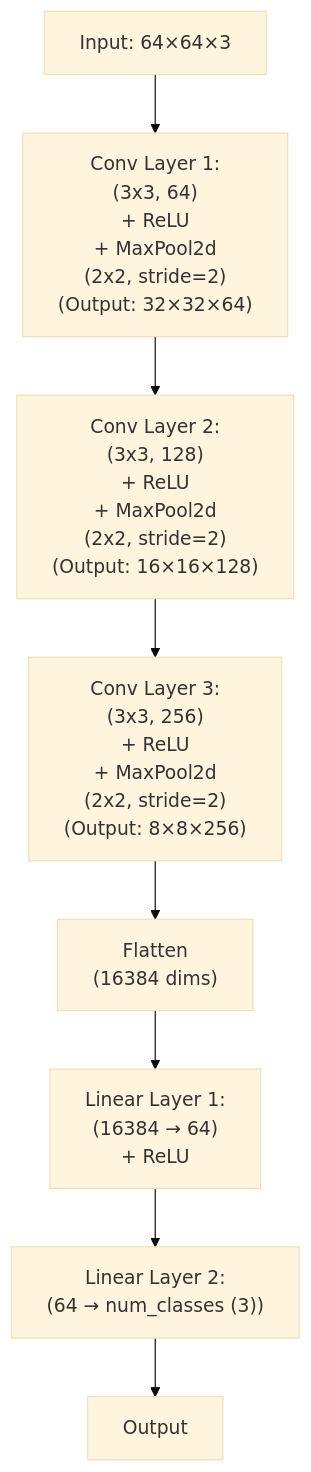
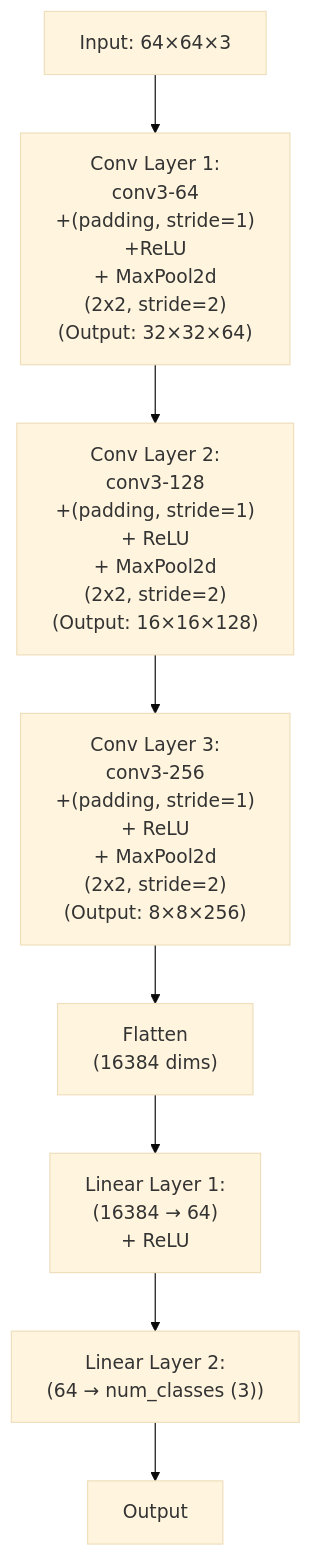
The second of 2 diagrams in README.md (Hannibal730/KONKUK-Univ_Autonomous-Driving-Competition), drawn with Mermaid (base theme) before and after one commit.

````diff
--- a/README.md
+++ b/README.md
@@ -250,20 +250,20 @@
 ```mermaid
 flowchart TD
     A["Input: 64×64×3"]
-    B["Conv Layer 1:<br/>(3x3, 64)<br/>+ ReLU<br/>+ MaxPool2d<br/>(2x2, stride=2)<br/>(Output: 32×32×64)"]
-    C["Conv Layer 2:<br/>(3x3, 128)<br/>+ ReLU<br/>+ MaxPool2d<br/>(2x2, stride=2)<br/>(Output: 16×16×128)"]
-    D["Conv Layer 3:<br/>(3x3, 256)<br/>+ ReLU<br/>+ MaxPool2d<br/>(2x2, stride=2)<br/>(Output: 8×8×256)"]
+    B["Conv Layer 1:<br/>  conv3-64<br/>+(padding, stride=1)   <br/>+ReLU<br/>+ MaxPool2d<br/>(2x2, stride=2)<br/>(Output: 32×32×64)"]
+    C["Conv Layer 2:<br/>  conv3-128<br/>+(padding, stride=1)  <br/>+ ReLU<br/>+ MaxPool2d<br/>(2x2, stride=2)<br/>(Output: 16×16×128)"]
+    D["Conv Layer 3:<br/>  conv3-256<br/>+(padding, stride=1)    <br/>+ ReLU<br/>+ MaxPool2d<br/>(2x2, stride=2)<br/>(Output: 8×8×256)"]
     E["Flatten<br/>(16384 dims)"]
     F["Linear Layer 1:<br/>(16384 → 64)<br/>+ ReLU"]
     G["Linear Layer 2:<br/>(64 → num_classes (3))"]
     H["Output"]
 
     A --> B
     B --> C
     C --> D
     D --> E
     E --> F
     F --> G
     G --> H
 
 ```
````
